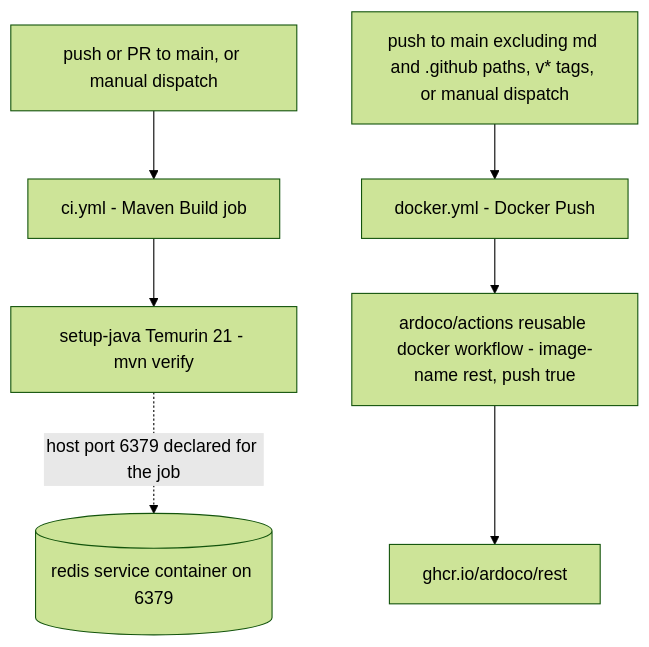
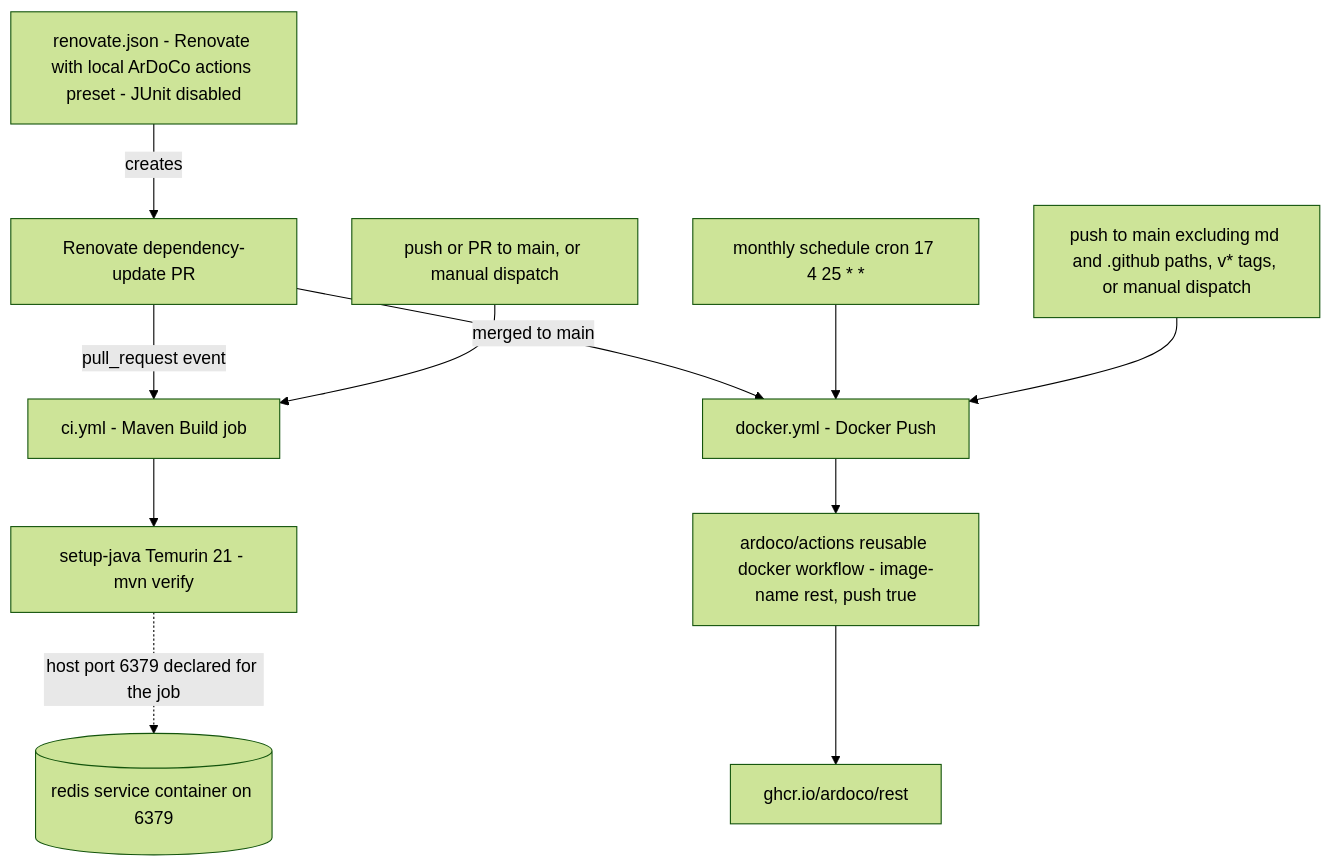
The second of 2 diagrams in openwiki/operations.md (ardoco/rest), drawn with Mermaid (forest theme) before and after one commit. The commit also changed other lines of this file and 15 other files, not shown here.

````diff
--- a/openwiki/operations.md
+++ b/openwiki/operations.md
@@ -209,17 +229,24 @@
 ```mermaid
 flowchart TD
     T1["push or PR to main, or manual dispatch"]
     T2["push to main excluding md and .github paths, v* tags, or manual dispatch"]
+    T3["monthly schedule cron 17 4 25 * *"]
+    REN["renovate.json - Renovate with local ArDoCo actions preset - JUnit disabled"]
+    PR["Renovate dependency-update PR"]
     CI["ci.yml - Maven Build job"]
     BUILD["setup-java Temurin 21 - mvn verify"]
     SVC[("redis service container on 6379")]
     PUSH["docker.yml - Docker Push"]
     REUSE["ardoco/actions reusable docker workflow - image-name rest, push true"]
     IMG["ghcr.io/ardoco/rest"]
     T1 --> CI
     T2 --> PUSH
+    T3 --> PUSH
+    REN -->|"creates"| PR
+    PR -->|"pull_request event"| CI
+    PR -->|"merged to main"| PUSH
     CI --> BUILD
     BUILD -.->|"host port 6379 declared for the job"| SVC
     PUSH --> REUSE
     REUSE --> IMG
 ```
````
